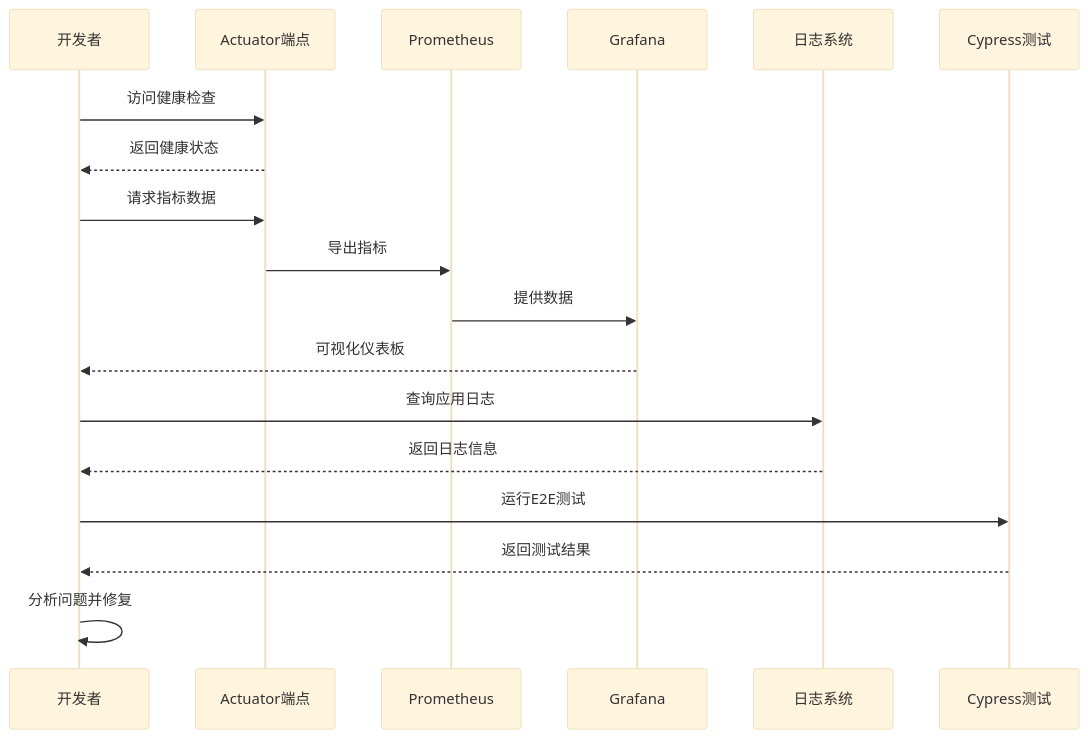
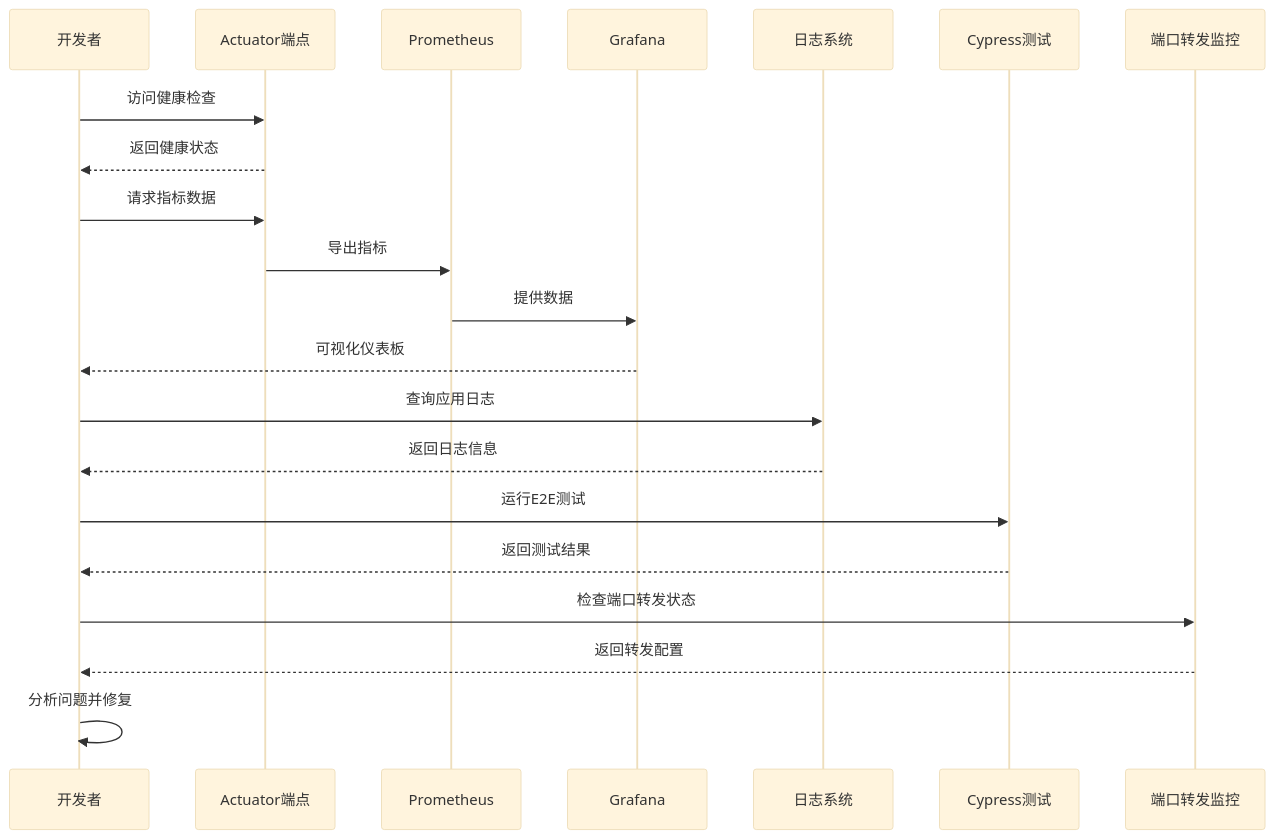
One commit to liuzh2008/med_ai_assistant_workspace changed diagram 22 of 22 in .qoder/repowiki/zh/content/Development Environment Features/Development Environment Features.md. Above: the diagram before and after it, drawn with Mermaid (base theme). The commit also changed other lines of this file and 9 other files, not shown here.

````diff
--- a/.qoder/repowiki/zh/content/Development Environment Features/Development Environment Features.md
+++ b/.qoder/repowiki/zh/content/Development Environment Features/Development Environment Features.md
@@ -923,20 +1072,23 @@
 ```mermaid
 sequenceDiagram
 participant DEV as 开发者
 participant ACTUATOR as Actuator端点
 participant PROMETHEUS as Prometheus
 participant GRAFANA as Grafana
 participant LOGS as 日志系统
 participant CYPRESS as Cypress测试
+participant PORT_MONITOR as 端口转发监控
 DEV->>ACTUATOR : 访问健康检查
 ACTUATOR-->>DEV : 返回健康状态
 DEV->>ACTUATOR : 请求指标数据
 ACTUATOR->>PROMETHEUS : 导出指标
 PROMETHEUS->>GRAFANA : 提供数据
 GRAFANA-->>DEV : 可视化仪表板
 DEV->>LOGS : 查询应用日志
 LOGS-->>DEV : 返回日志信息
 DEV->>CYPRESS : 运行E2E测试
 CYPRESS-->>DEV : 返回测试结果
+DEV->>PORT_MONITOR : 检查端口转发状态
+PORT_MONITOR-->>DEV : 返回转发配置
 DEV->>DEV : 分析问题并修复
 ```
````
